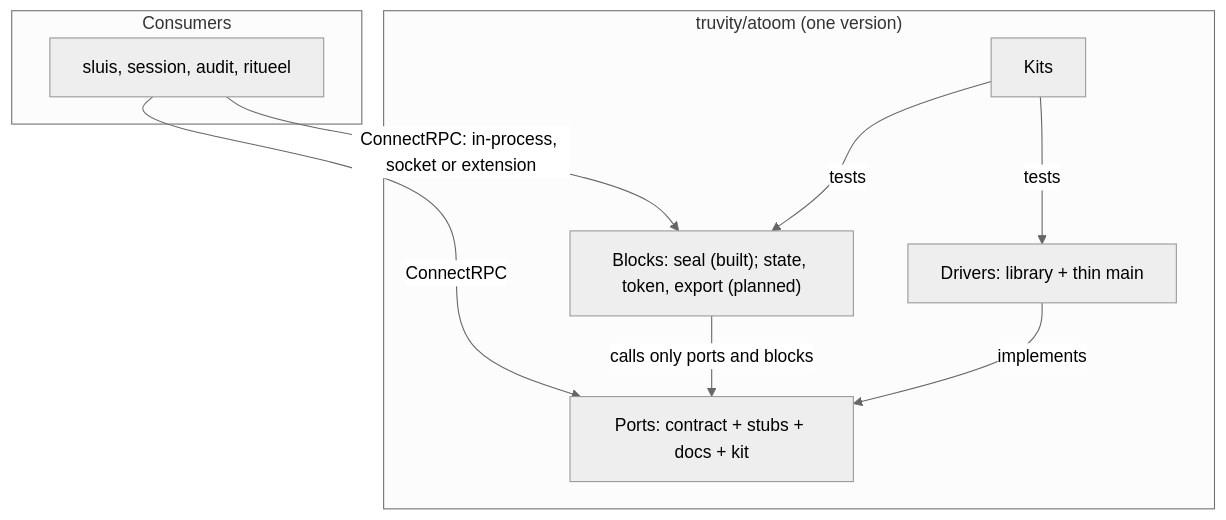
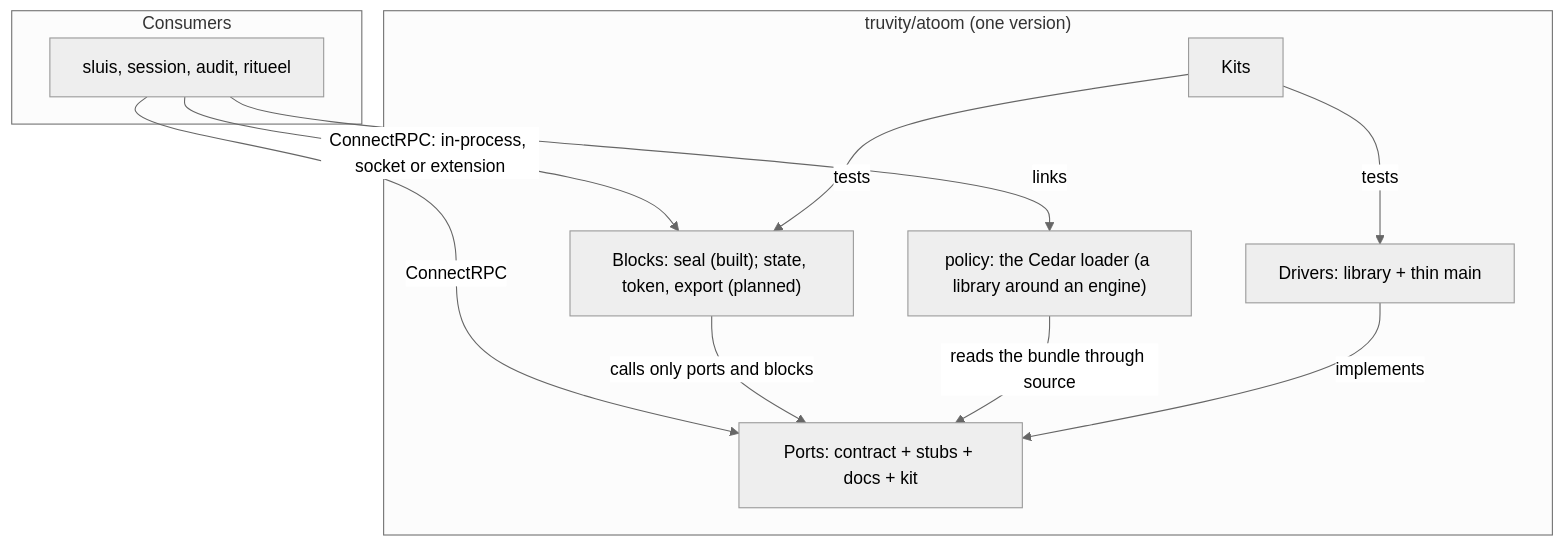
Before and after one commit to truvity/atoom: the diagram in docs/architecture.md, drawn with Mermaid (neutral theme). The commit also changed other lines of this file and 36 other files, not shown here.

First line of the commit message:
feat(policy): the Cedar loader in Go and Rust, the signed bundle and the decision test set (B5, record 0019)

````diff
--- a/docs/architecture.md
+++ b/docs/architecture.md
@@ -14,18 +15,21 @@
 ```mermaid
 flowchart TB
   subgraph consumers["Consumers"]
     C1["sluis, session, audit, ritueel"]
   end
   subgraph atoom["truvity/atoom (one version)"]
     B["Blocks: seal (built); state, token, export (planned)"]
+    E["policy: the Cedar loader (a library around an engine)"]
     P["Ports: contract + stubs + docs + kit"]
     D["Drivers: library + thin main"]
     K["Kits"]
   end
   C1 -- "ConnectRPC: in-process, socket or extension" --> B
   C1 -- "ConnectRPC" --> P
   B -- "calls only ports and blocks" --> P
+  C1 -- "links" --> E
+  E -- "reads the bundle through source" --> P
   D -- implements --> P
   K -- tests --> D
   K -- tests --> B
 ```
````
